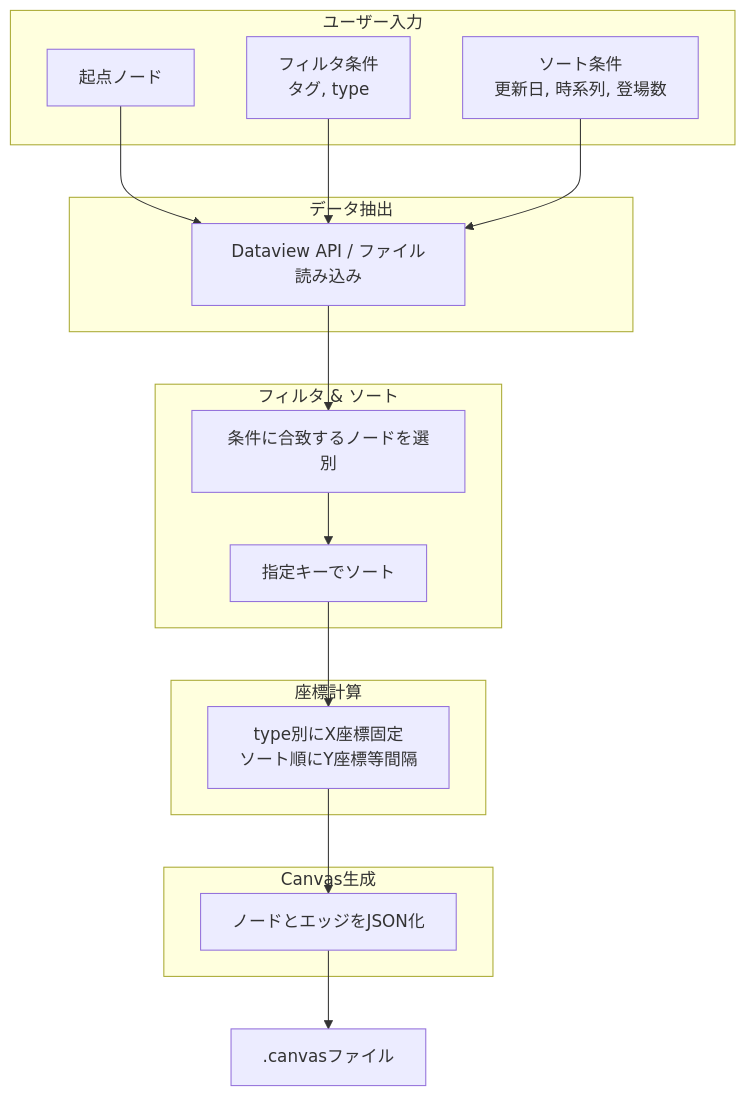
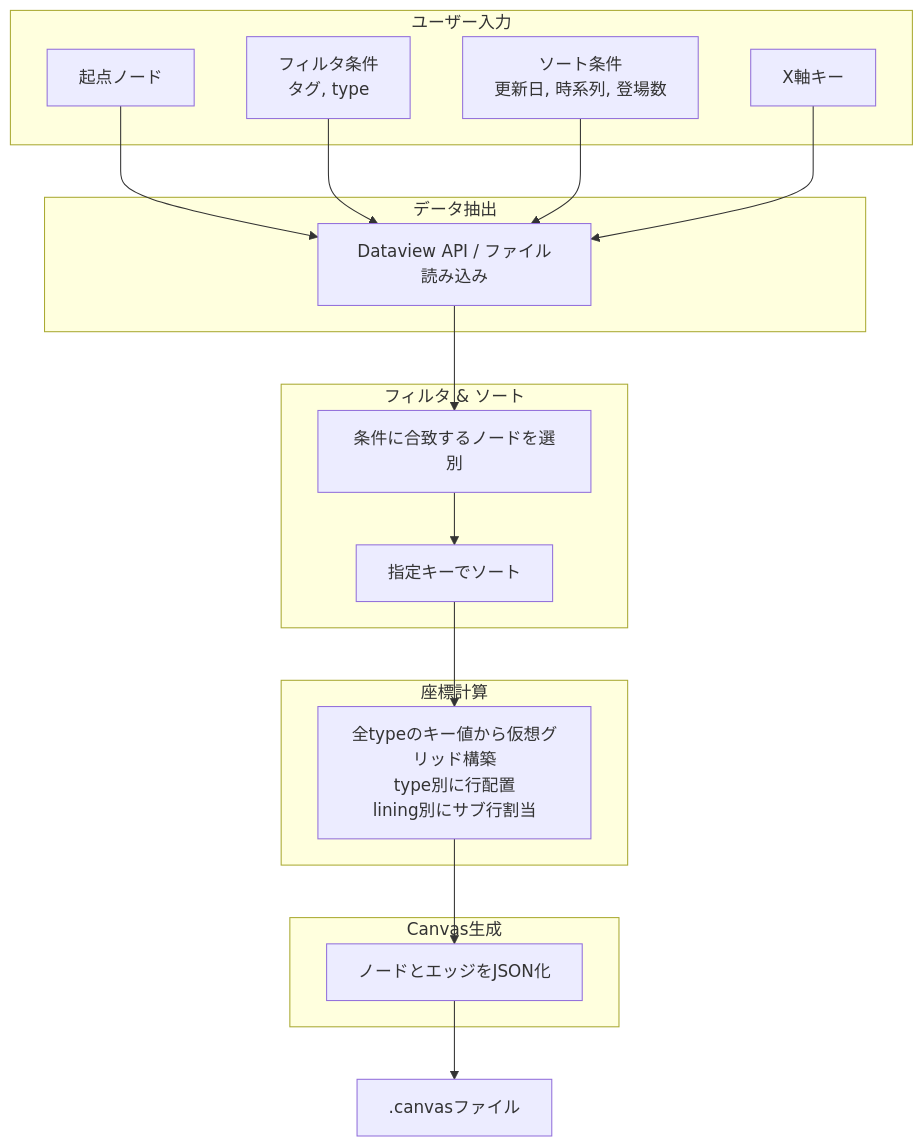
The diagram in Misc/Plans/obsidianを利用したボトムアップ的canvas生成.md (Nanawith7/A-prompt-to-cause-singularity-with-perfect-ethics), drawn with Mermaid before and after one commit. The commit also changed other lines of this file, not shown here.

````diff
--- a/Misc/Plans/obsidianを利用したボトムアップ的canvas生成.md
+++ b/Misc/Plans/obsidianを利用したボトムアップ的canvas生成.md
@@ -18,22 +17,23 @@
 ```mermaid
 flowchart TD
     subgraph "ユーザー入力"
         U1[起点ノード]
         U2[フィルタ条件<br>タグ, type]
         U3[ソート条件<br>更新日, 時系列, 登場数]
+        U4[X軸キー]
     end
     subgraph "データ抽出"
         D[Dataview API / ファイル読み込み]
     end
     subgraph "フィルタ & ソート"
         F[条件に合致するノードを選別]
         S[指定キーでソート]
     end
     subgraph "座標計算"
-        C[type別にX座標固定<br>ソート順にY座標等間隔]
+        C[全typeのキー値から仮想グリッド構築<br>type別に行配置<br>lining別にサブ行割当]
     end
     subgraph "Canvas生成"
         G[ノードとエッジをJSON化]
     end
-    U1 & U2 & U3 --> D --> F --> S --> C --> G --> O[.canvasファイル]
+    U1 & U2 & U3 & U4 --> D --> F --> S --> C --> G --> O[.canvasファイル]
 ```
````
